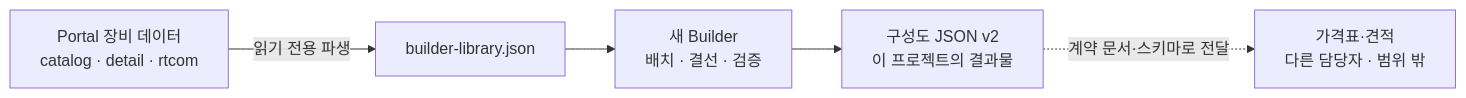
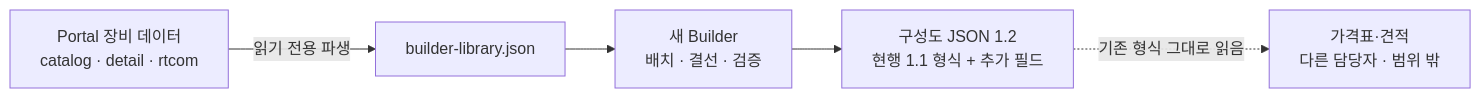
The first of 4 diagrams in Work/기획/시스템빌더통합기획-2026-10-06.md (Seoulav/AV-Portal), drawn with Mermaid before and after one commit. The commit also changed other lines of this file and 2 other files, not shown here.

````diff
--- a/Work/기획/시스템빌더통합기획-2026-10-06.md
+++ b/Work/기획/시스템빌더통합기획-2026-10-06.md
@@ -40,7 +56,7 @@
 ```mermaid
 flowchart LR
   P[Portal 장비 데이터<br/>catalog · detail · rtcom] -->|읽기 전용 파생| L[builder-library.json]
   L --> B[새 Builder<br/>배치 · 결선 · 검증]
-  B --> J[구성도 JSON v2<br/>이 프로젝트의 결과물]
-  J -.->|계약 문서·스키마로 전달| Q[가격표·견적<br/>다른 담당자 · 범위 밖]
+  B --> J[구성도 JSON 1.2<br/>현행 1.1 형식 + 추가 필드]
+  J -.->|기존 형식 그대로 읽음| Q[가격표·견적<br/>다른 담당자 · 범위 밖]
 ```
````
